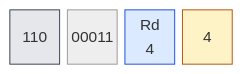
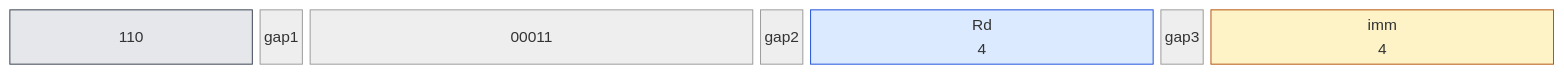
Before and after one commit to olfp/Deep16: the eighth of 32 diagrams in book/kap03.md, drawn with Mermaid (neutral theme). The commit also changed other lines of this file and 1 other file, not shown here.

Commit message:
book(kap03): Weitere Diagramme auf 31-Spalten-Format vereinheitlicht

````diff
--- a/book/kap03.md
+++ b/book/kap03.md
@@ -339,17 +342,20 @@
 ```mermaid
 block-beta
-  columns 4
+  columns 31
   classDef op fill:#e5e7eb,stroke:#374151
   classDef reg fill:#dbeafe,stroke:#1d4ed8
   classDef imm fill:#fef3c7,stroke:#b45309
   classDef off fill:#dcfce7,stroke:#15803d
   classDef seg fill:#ede9fe,stroke:#6d28d9
   classDef all fill:#fee2e2,stroke:#b91c1c
-  b0["110"]:1
-  b1["00011"]:1
-  b2["Rd<br/>4"]:1
-  b3["4"]:1
+  b0["110"]:5
+  gap1:1
+  b1["00011"]:9
+  gap2:1
+  b2["Rd<br/>4"]:7
+  gap3:1
+  b3["imm<br/>4"]:7
   class b0 b1 op
   class b2 reg
   class b3 imm
 ```
````
